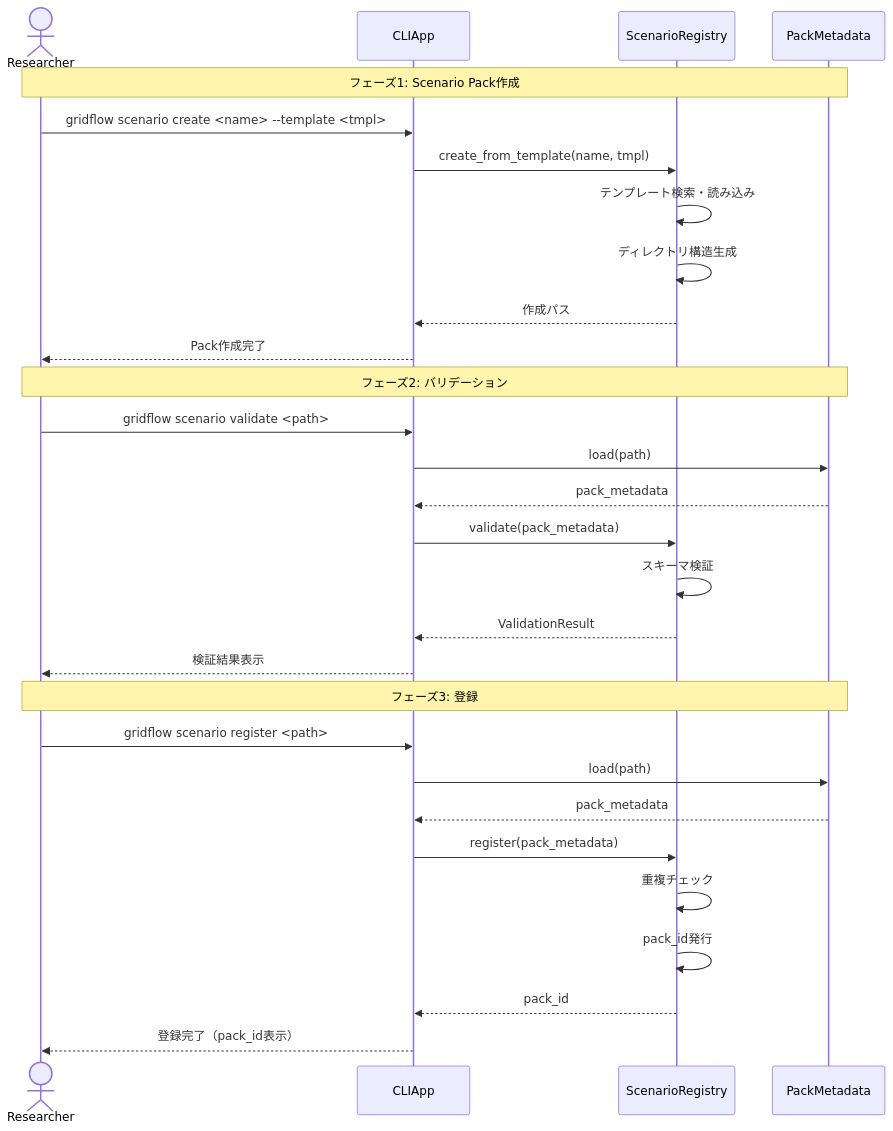
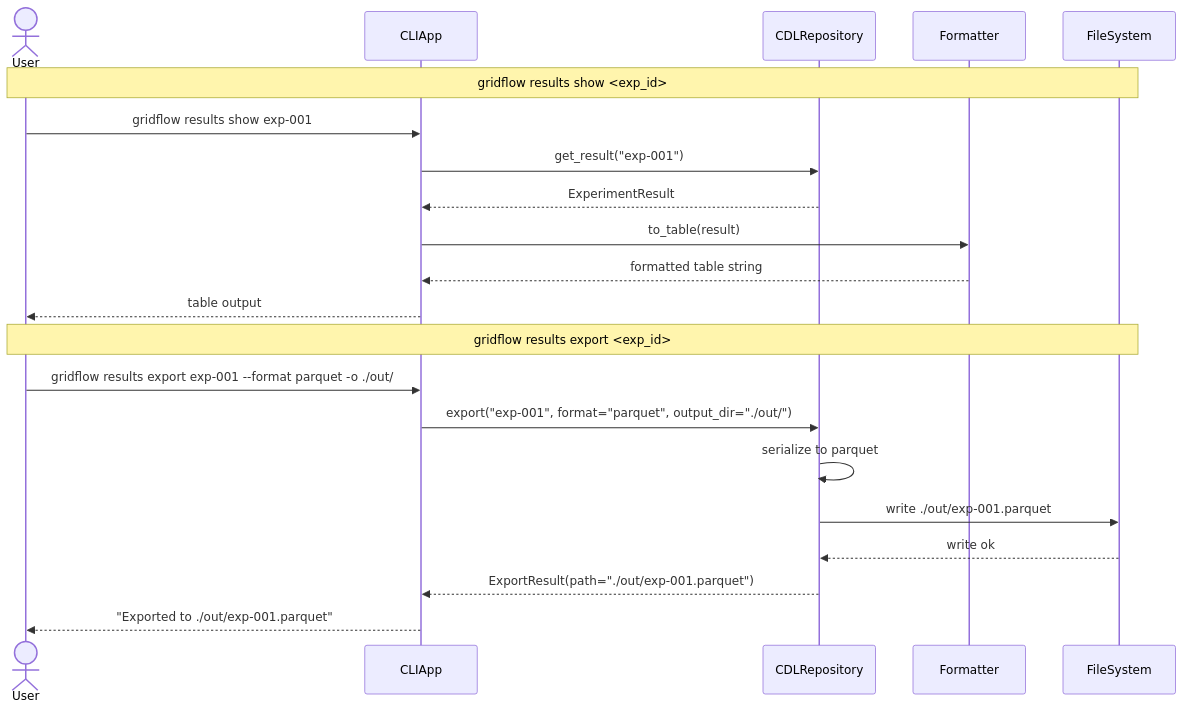
One commit to bottlenome/gridflow changed the fifth of 10 diagrams in docs/detailed_design/04_process_flow.md. Above: the diagram before and after it, drawn with Mermaid. The commit also changed other lines of this file, not shown here.

````diff
--- a/docs/detailed_design/04_process_flow.md
+++ b/docs/detailed_design/04_process_flow.md
@@ -159,34 +257,25 @@
 ```mermaid
 sequenceDiagram
-    actor R as Researcher
+    actor User
     participant CLI as CLIApp
-    participant SR as ScenarioRegistry
-    participant PM as PackMetadata
+    participant CDL as CDLRepository
+    participant Fmt as Formatter
+    participant FS as FileSystem
 
-    Note over R,PM: フェーズ1: Scenario Pack作成
-    R->>CLI: gridflow scenario create <name> --template <tmpl>
-    CLI->>SR: create_from_template(name, tmpl)
-    SR->>SR: テンプレート検索・読み込み
-    SR->>SR: ディレクトリ構造生成
-    SR-->>CLI: 作成パス
-    CLI-->>R: Pack作成完了
+    Note over User,FS: gridflow results show <exp_id>
+    User->>CLI: gridflow results show exp-001
+    CLI->>CDL: get_result("exp-001")
+    CDL-->>CLI: ExperimentResult
+    CLI->>Fmt: to_table(result)
+    Fmt-->>CLI: formatted table string
+    CLI-->>User: table output
 
-    Note over R,PM: フェーズ2: バリデーション
-    R->>CLI: gridflow scenario validate <path>
-    CLI->>PM: load(path)
-    PM-->>CLI: pack_metadata
-    CLI->>SR: validate(pack_metadata)
-    SR->>SR: スキーマ検証
-    SR-->>CLI: ValidationResult
-    CLI-->>R: 検証結果表示
-
-    Note over R,PM: フェーズ3: 登録
-    R->>CLI: gridflow scenario register <path>
-    CLI->>PM: load(path)
-    PM-->>CLI: pack_metadata
-    CLI->>SR: register(pack_metadata)
-    SR->>SR: 重複チェック
-    SR->>SR: pack_id発行
-    SR-->>CLI: pack_id
-    CLI-->>R: 登録完了（pack_id表示）
+    Note over User,FS: gridflow results export <exp_id>
+    User->>CLI: gridflow results export exp-001 --format parquet -o ./out/
+    CLI->>CDL: export("exp-001", format="parquet", output_dir="./out/")
+    CDL->>CDL: serialize to parquet
+    CDL->>FS: write ./out/exp-001.parquet
+    FS-->>CDL: write ok
+    CDL-->>CLI: ExportResult(path="./out/exp-001.parquet")
+    CLI-->>User: "Exported to ./out/exp-001.parquet"
 ```
````
